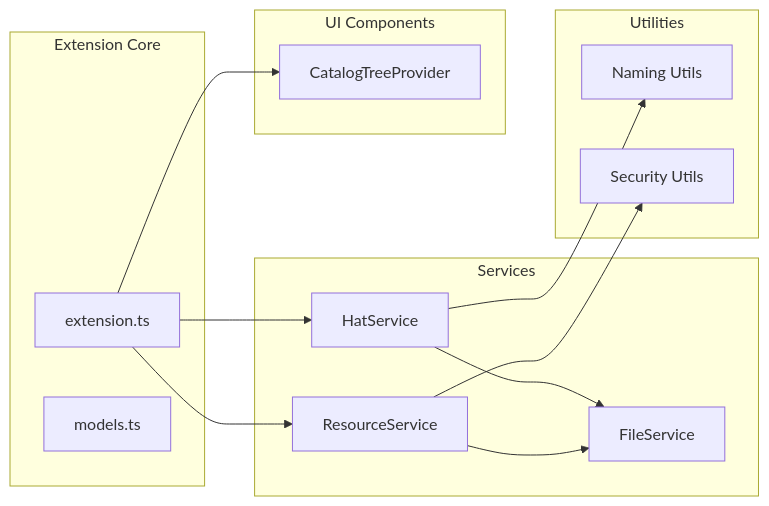
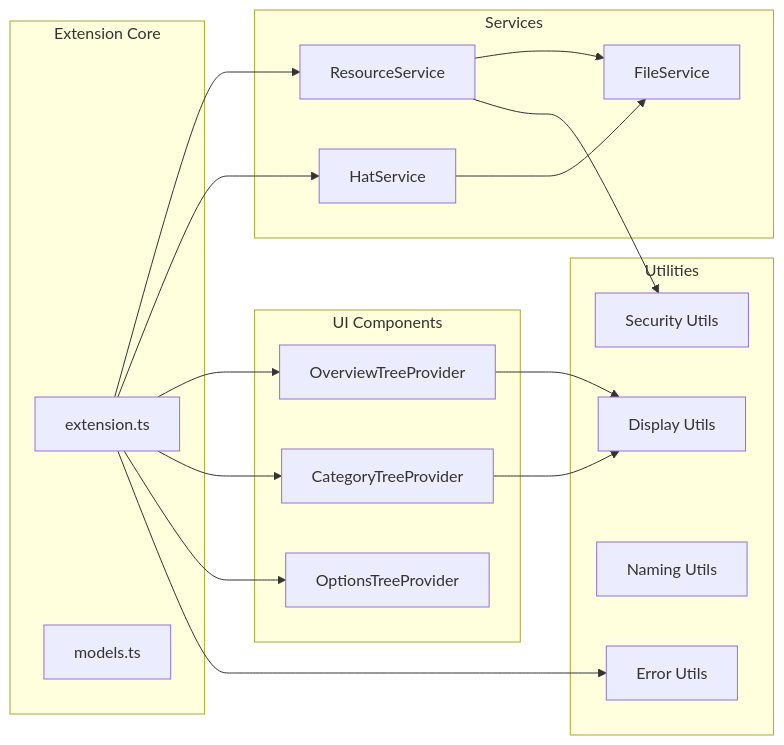
The third of 10 diagrams in SOFTWARE_ARCHITECTURE_SPECIFICATION.md (microsoft/ContextShare), drawn with Mermaid before and after one commit. The commit also changed other lines of this file and 20 other files, not shown here.

````diff
--- a/SOFTWARE_ARCHITECTURE_SPECIFICATION.md
+++ b/SOFTWARE_ARCHITECTURE_SPECIFICATION.md
@@ -205,30 +231,38 @@
 ```mermaid
 graph LR
     subgraph "Extension Core"
         EXT[extension.ts]
         MOD[models.ts]
     end
     
     subgraph "Services"
         RS[ResourceService]
         HS[HatService]
         FS[FileService]
     end
     
     subgraph "UI Components"
-        CTP[CatalogTreeProvider]
+        OTP[OverviewTreeProvider]
+        CTP[CategoryTreeProvider]
+        OTP2[OptionsTreeProvider]
     end
     
     subgraph "Utilities"
+        DIS[Display Utils]
+        SEC[Security Utils]
         NAM[Naming Utils]
-        SEC[Security Utils]
+        ERR[Error Utils]
     end
     
     EXT --> RS
     EXT --> HS
+    EXT --> OTP
     EXT --> CTP
+    EXT --> OTP2
     RS --> FS
     HS --> FS
     RS --> SEC
-    HS --> NAM
+    CTP --> DIS
+    OTP --> DIS
+    EXT --> ERR
 ```
````
